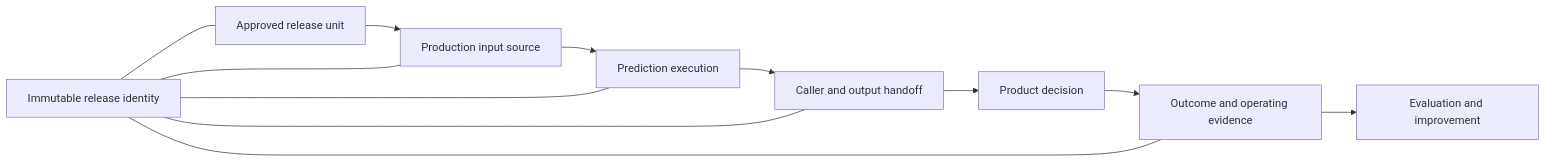
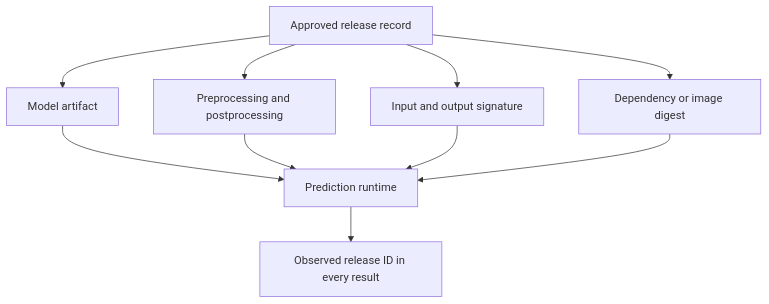
Before and after one commit to senlinyy/dev-roadmaps: the fourth of 11 diagrams in roadmaps/mlops/modules/mlops-foundations/architecture-basics/03-prediction-delivery-in-an-mlops-architecture.md, drawn with Mermaid. The commit also changed other lines of this file and 198 other files, not shown here.

````diff
--- a/roadmaps/mlops/modules/mlops-foundations/architecture-basics/03-prediction-delivery-in-an-mlops-architecture.md
+++ b/roadmaps/mlops/modules/mlops-foundations/architecture-basics/03-prediction-delivery-in-an-mlops-architecture.md
@@ -33,14 +169,12 @@
 ```mermaid
-flowchart LR
-    A[Approved release unit] --> B[Production input source]
-    B --> C[Prediction execution]
-    C --> D[Caller and output handoff]
-    D --> E[Product decision]
-    E --> F[Outcome and operating evidence]
-    F --> G[Evaluation and improvement]
-    R[Immutable release identity] --- A
-    R --- B
-    R --- C
-    R --- D
-    R --- F
+flowchart TD
+    A["Approved release record"] --> B["Model artifact"]
+    A --> C["Preprocessing and postprocessing"]
+    A --> D["Input and output signature"]
+    A --> E["Dependency or image digest"]
+    B --> F["Prediction runtime"]
+    C --> F
+    D --> F
+    E --> F
+    F --> G["Observed release ID in every result"]
 ```
````
